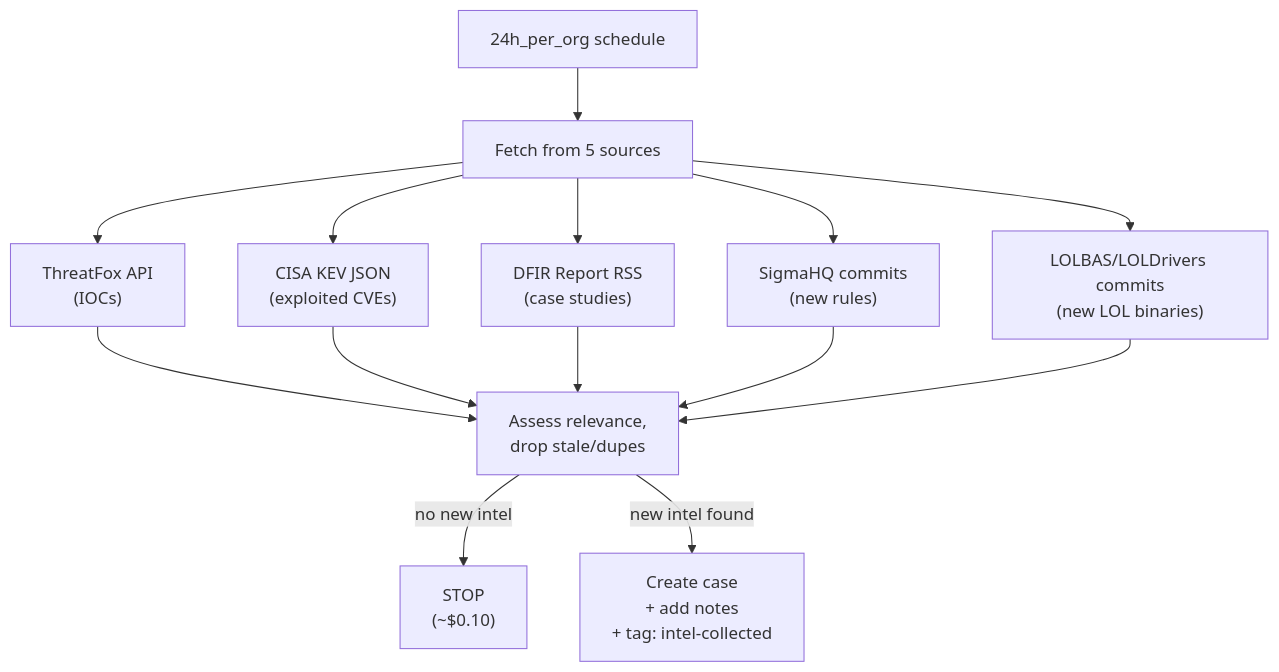
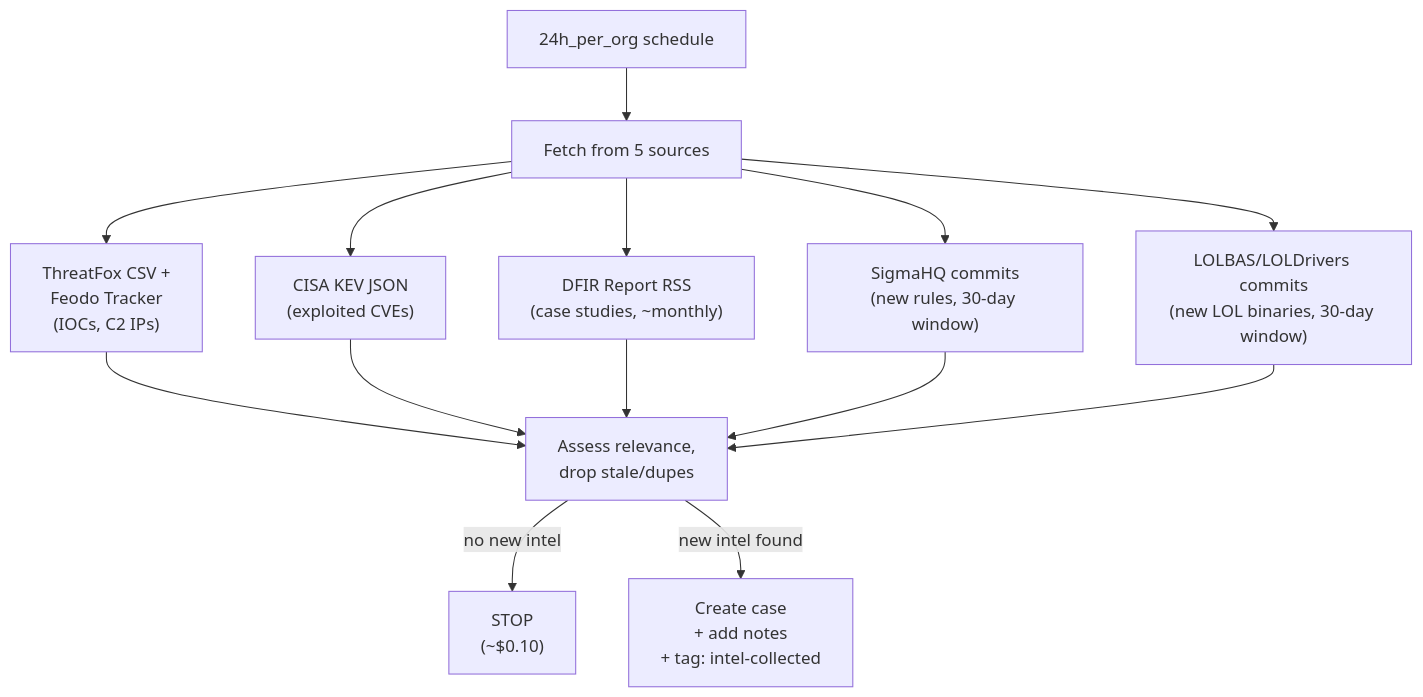
The diagram in lc-soc/intel-soc/intel-collector/README.md (refractionPOINT/lc-ai), drawn with Mermaid before and after one commit. The commit also changed 2 other files, not shown here.

Commit message:
Fix collector based on live source testing
- ThreatFox: switch from broken JSON API to working CSV export
- Add Feodo Tracker CSV for botnet C2 IPs
- SigmaHQ: widen window from 7 to 30 days (commits come in bursts)
- LOLBAS/LOLDrivers: widen window to 30 days
- DFIR Report: note ~monthly frequency, keep as supplementary
- Add guidance for ThreatFox CSV size (summarize, cap at 50 IOCs)
- Fetch actual Sigma YAML rule content for richer analysis

````diff
--- a/lc-soc/intel-soc/intel-collector/README.md
+++ b/lc-soc/intel-soc/intel-collector/README.md
@@ -7,16 +7,16 @@
 ```mermaid
 flowchart TD
     sched["24h_per_org schedule"] --> fetch["Fetch from 5 sources"]
-    fetch --> tf["ThreatFox API<br/>(IOCs)"]
+    fetch --> tf["ThreatFox CSV +<br/>Feodo Tracker<br/>(IOCs, C2 IPs)"]
     fetch --> kev["CISA KEV JSON<br/>(exploited CVEs)"]
-    fetch --> dfir["DFIR Report RSS<br/>(case studies)"]
-    fetch --> sigma["SigmaHQ commits<br/>(new rules)"]
-    fetch --> lol["LOLBAS/LOLDrivers commits<br/>(new LOL binaries)"]
+    fetch --> dfir["DFIR Report RSS<br/>(case studies, ~monthly)"]
+    fetch --> sigma["SigmaHQ commits<br/>(new rules, 30-day window)"]
+    fetch --> lol["LOLBAS/LOLDrivers commits<br/>(new LOL binaries, 30-day window)"]
     tf --> assess["Assess relevance,<br/>drop stale/dupes"]
     kev --> assess
     dfir --> assess
     sigma --> assess
     lol --> assess
     assess -->|"no new intel"| stop["STOP<br/>(~$0.10)"]
     assess -->|"new intel found"| case["Create case<br/>+ add notes<br/>+ tag: intel-collected"]
 ```
````
